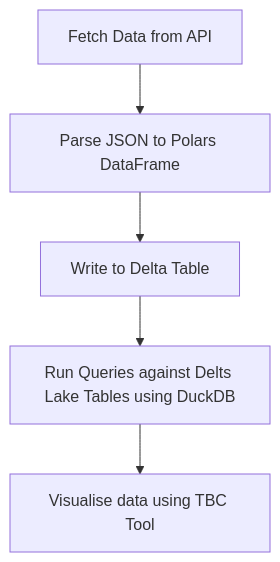
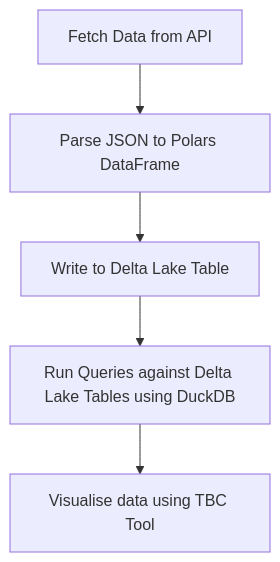
One commit to JoshWardUK/F1Project changed the diagram in README.md. Above: the diagram before and after it, drawn with Mermaid.

````diff
--- a/README.md
+++ b/README.md
@@ -54,7 +54,7 @@
 ```mermaid
 graph TD;
     A[Fetch Data from API] --> B[Parse JSON to Polars DataFrame]
-    B --> C[Write to Delta Table]
-    C --> D[Run Queries against Delts Lake Tables using DuckDB]
+    B --> C[Write to Delta Lake Table]
+    C --> D[Run Queries against Delta Lake Tables using DuckDB]
     D --> E[Visualise data using TBC Tool]
 ```
````
